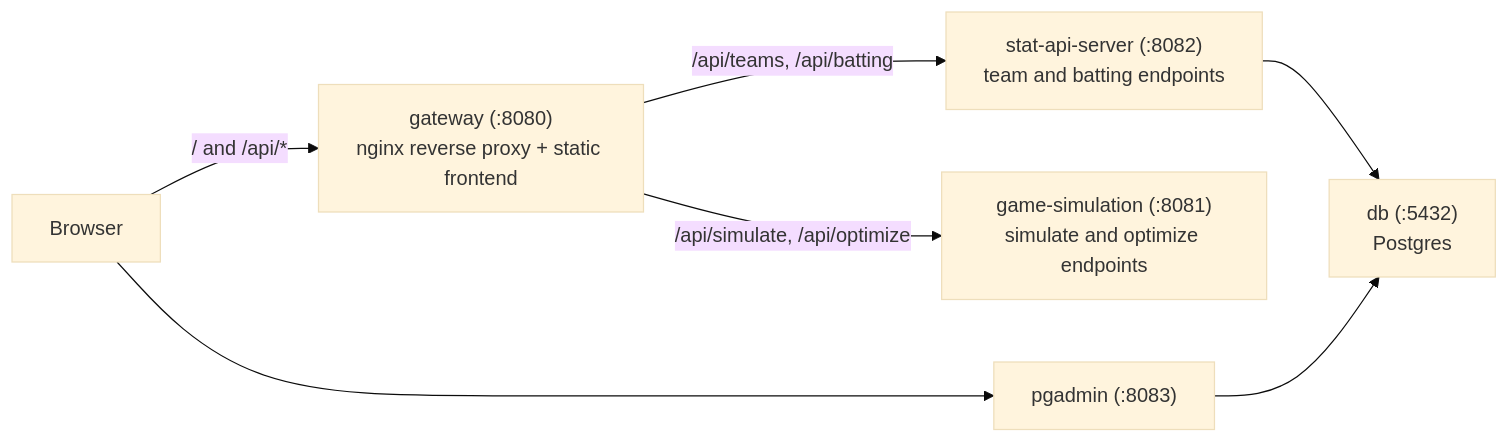
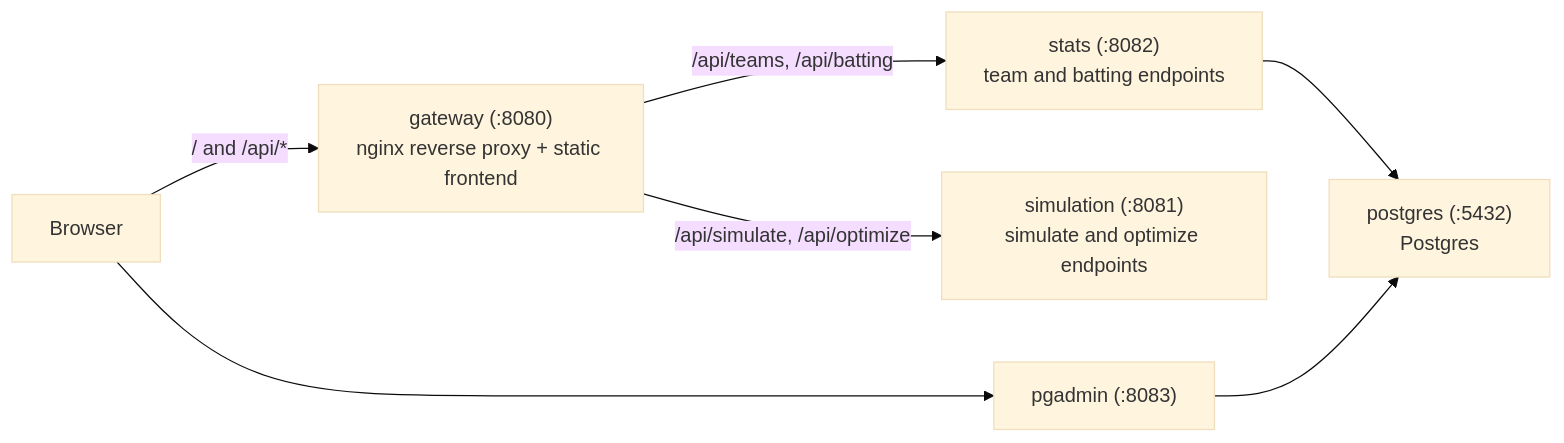
The diagram in README.md (jerry871002/lineup-lab), drawn with Mermaid (base theme) before and after one commit. The commit also changed other lines of this file and 71 other files, not shown here.

````diff
--- a/README.md
+++ b/README.md
@@ -23,16 +23,16 @@
 ```mermaid
 flowchart LR
     Browser["Browser"]
     Gateway["gateway (:8080)\nnginx reverse proxy + static frontend"]
-    Stat["stat-api-server (:8082)\nteam and batting endpoints"]
-    Sim["game-simulation (:8081)\nsimulate and optimize endpoints"]
-    DB["db (:5432)\nPostgres"]
+    Stat["stats (:8082)\nteam and batting endpoints"]
+    Sim["simulation (:8081)\nsimulate and optimize endpoints"]
+    DB["postgres (:5432)\nPostgres"]
     PgAdmin["pgadmin (:8083)"]
 
     Browser -->|"/ and /api/*"| Gateway
     Gateway -->|"/api/teams, /api/batting"| Stat
     Gateway -->|"/api/simulate, /api/optimize"| Sim
     Stat --> DB
     PgAdmin --> DB
     Browser --> PgAdmin
 ```
````
